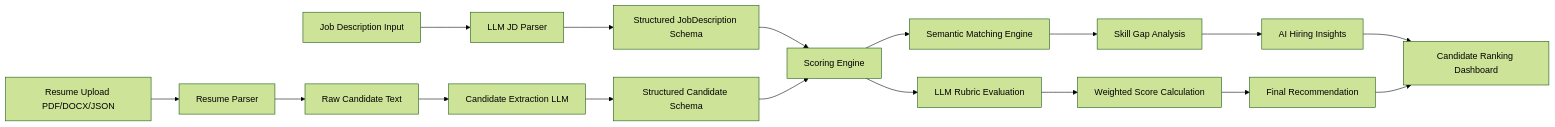
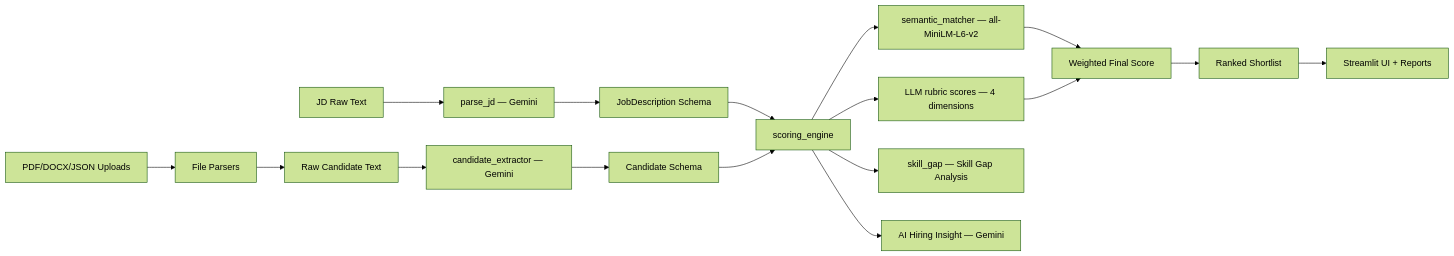
Before and after one commit to watdasouvikdoin/HireU-AI-Resume-Analyzer: the diagram in README.md, drawn with Mermaid (forest theme). The commit also changed other lines of this file, not shown here.

````diff
--- a/README.md
+++ b/README.md
@@ -100,26 +27,21 @@
 ```mermaid
 flowchart LR
-  A[Job Description Input] --> B[LLM JD Parser]
-  B --> C[Structured JobDescription Schema]
+  A[JD Raw Text] --> B[parse_jd — Gemini]
+  B --> C[JobDescription Schema]
 
-  D[Resume Upload PDF/DOCX/JSON] --> E[Resume Parser]
+  D[PDF/DOCX/JSON Uploads] --> E[File Parsers]
   E --> F[Raw Candidate Text]
+  F --> H[candidate_extractor — Gemini]
+  H --> I[Candidate Schema]
 
-  F --> G[Candidate Extraction LLM]
-  G --> H[Structured Candidate Schema]
-
-  C --> I[Scoring Engine]
-  H --> I
-
-  I --> J[Semantic Matching Engine]
-  I --> K[LLM Rubric Evaluation]
-
-  J --> L[Skill Gap Analysis]
-  K --> M[Weighted Score Calculation]
-
-  L --> N[AI Hiring Insights]
-  M --> O[Final Recommendation]
-
-  N --> P[Candidate Ranking Dashboard]
-  O --> P
+  C --> J[scoring_engine]
+  I --> J
+  J --> K[semantic_matcher — all-MiniLM-L6-v2]
+  J --> L[LLM rubric scores — 4 dimensions]
+  J --> SG[skill_gap — Skill Gap Analysis]
+  J --> AI[AI Hiring Insight — Gemini]
+  K --> M[Weighted Final Score]
+  L --> M
+  M --> N[Ranked Shortlist]
+  N --> O[Streamlit UI + Reports]
 ```
````
